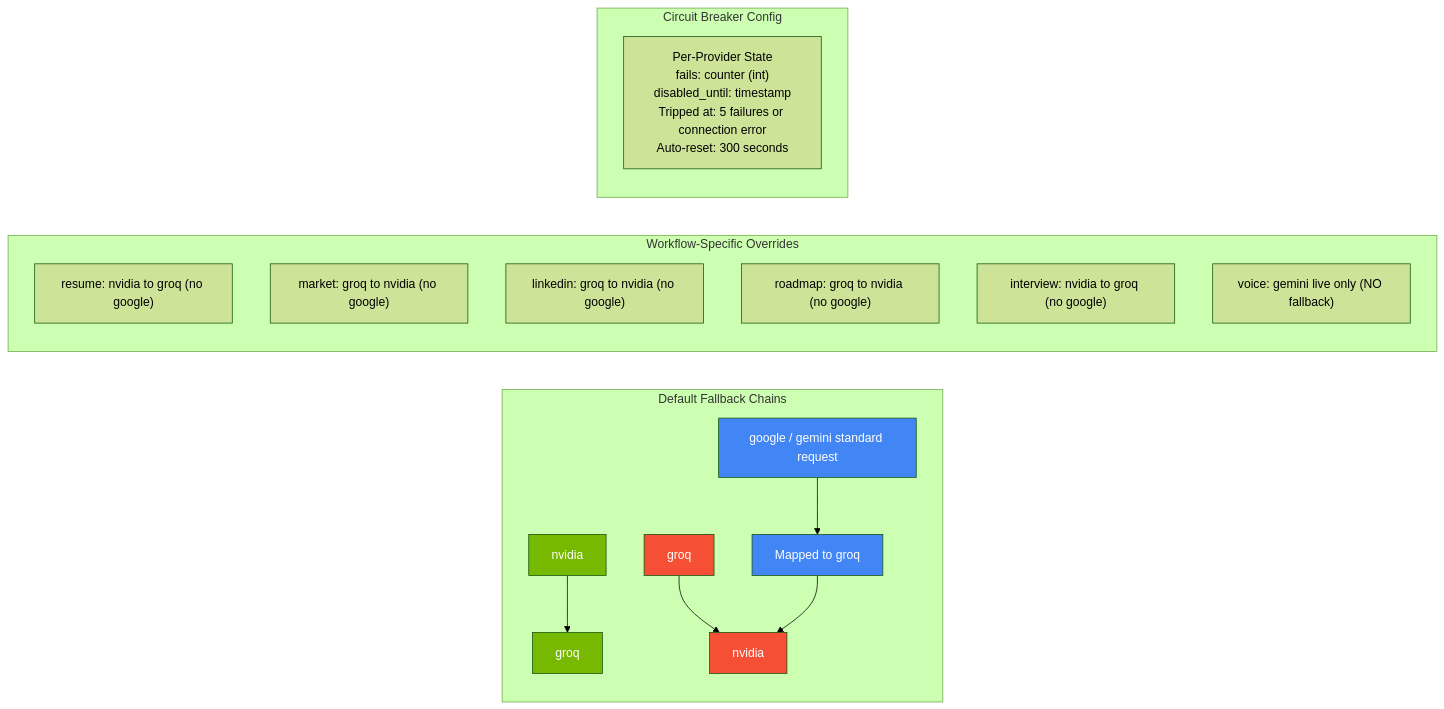
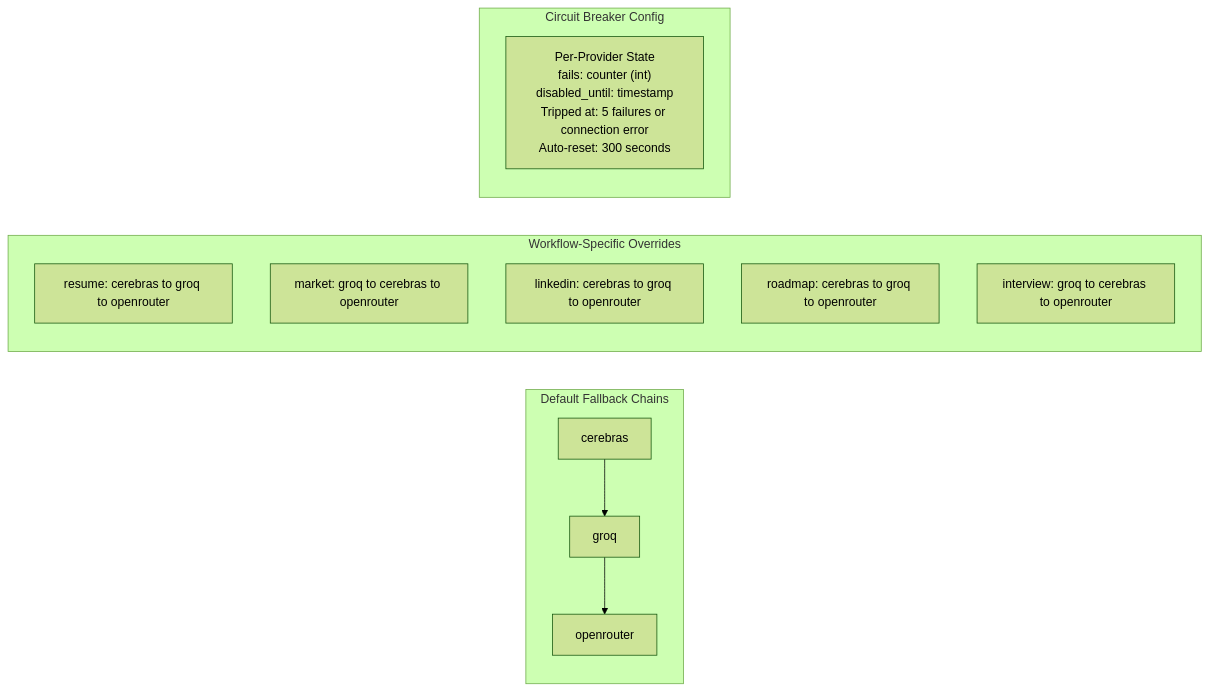
Diagram 12 of 31 in documentation/ARCHITECTURE.md (Anil-Pradhan-web/ai-career-mentor), drawn with Mermaid (forest theme) before and after one commit. The commit also changed other lines of this file, not shown here.

Commit message:
docs: remove Voice Assistant section and references from ARCHITECTURE.md and renumber TOC

````diff
--- a/documentation/ARCHITECTURE.md
+++ b/documentation/ARCHITECTURE.md
@@ -606,29 +512,18 @@
 ```mermaid
 graph LR
-    classDef nvidia fill:#76B900,color:#fff
-    classDef groq fill:#F55036,color:#fff
-    classDef google fill:#4285F4,color:#fff
-
     subgraph "Default Fallback Chains"
-        N["nvidia"] --> N_G["groq"]
-        G["groq"] --> G_N["nvidia"]
-        GO["google / gemini standard request"] --> MAP["Mapped to groq"] --> G_N
+        C["cerebras"] --> G["groq"] --> O["openrouter"]
     end
     
     subgraph "Workflow-Specific Overrides"
-        W1["resume: nvidia to groq (no google)"]
-        W2["market: groq to nvidia (no google)"]
-        W3["linkedin: groq to nvidia (no google)"]
-        W4["roadmap: groq to nvidia (no google)"]
-        W5["interview: nvidia to groq (no google)"]
-        W6["voice: gemini live only (NO fallback)"]
+        W1["resume: cerebras to groq to openrouter"]
+        W2["market: groq to cerebras to openrouter"]
+        W3["linkedin: cerebras to groq to openrouter"]
+        W4["roadmap: cerebras to groq to openrouter"]
+        W5["interview: groq to cerebras to openrouter"]
     end
 
     subgraph "Circuit Breaker Config"
         CB["Per-Provider State<br/>fails: counter (int)<br/>disabled_until: timestamp<br/>Tripped at: 5 failures or connection error<br/>Auto-reset: 300 seconds"]
     end
-
-    class N,N_G nvidia
-    class G,G_N groq
-    class GO,MAP google
 ```
````
